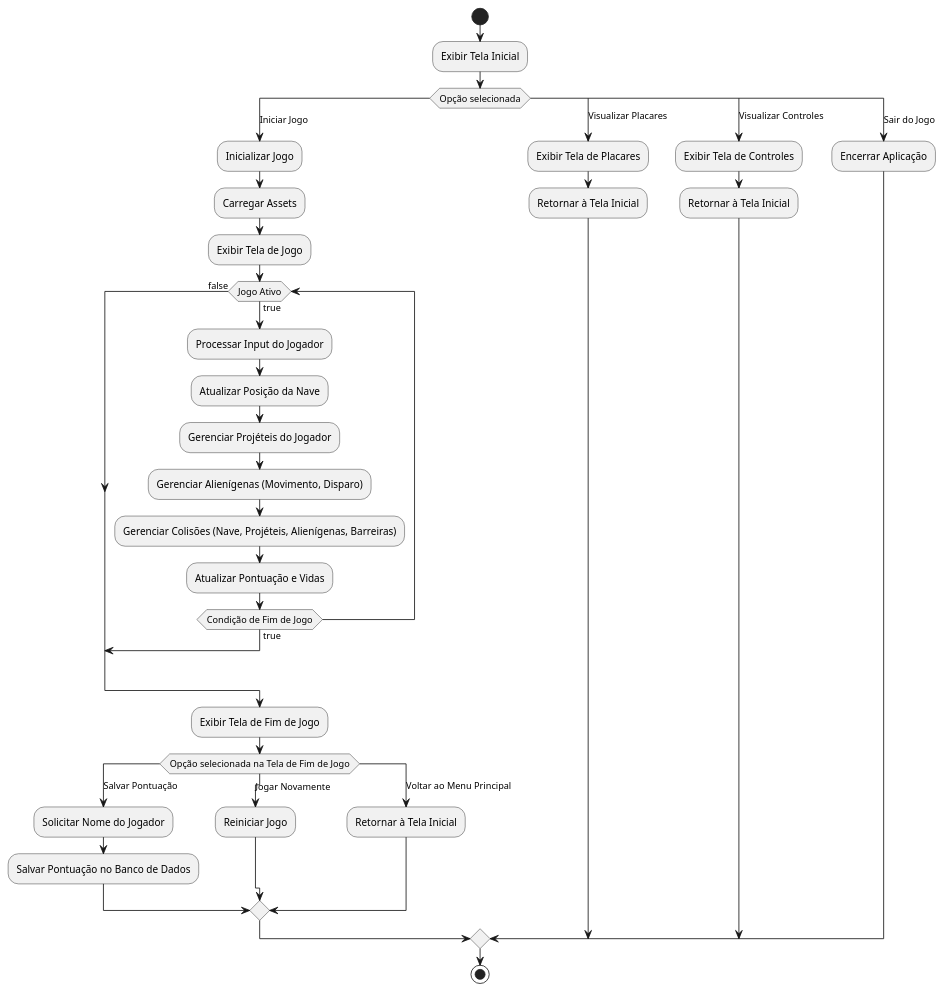
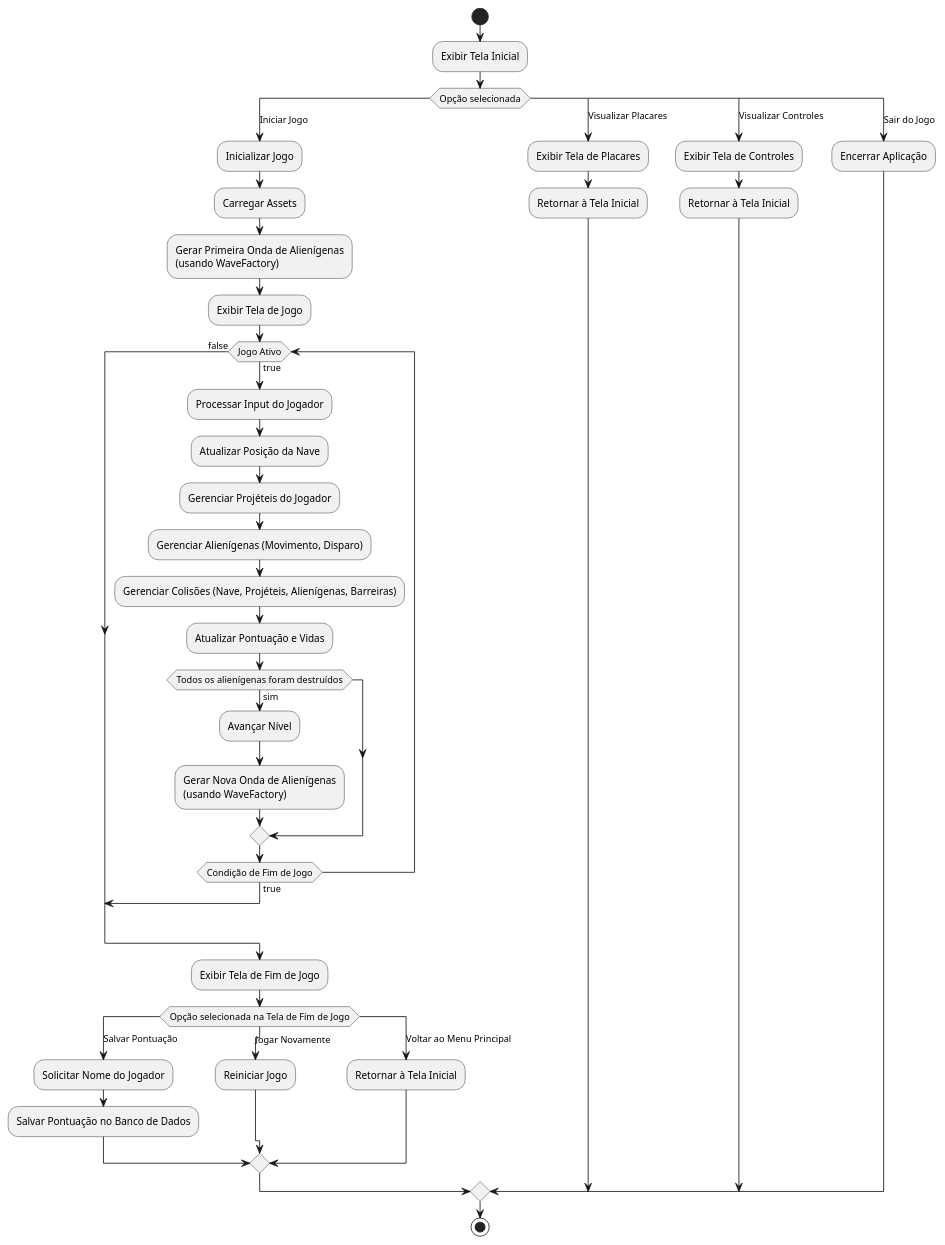
One commit to Opaleiros-Foundation/space-invaders-punk changed the ninth of 9 diagrams in Writerside/topics/UML.md. Above: the diagram before and after it, drawn with PlantUML. The commit also changed other lines of this file and 2 other files, not shown here.

First line of the commit message:
docs: Update documentation for patterns, UML, and data model

````diff
--- a/Writerside/topics/UML.md
+++ b/Writerside/topics/UML.md
@@ -395,48 +414,56 @@
 ```plantuml
 @startuml
 start
 
 :Exibir Tela Inicial;
 
 switch (Opção selecionada)
 case (Iniciar Jogo)
   :Inicializar Jogo;
   :Carregar Assets;
+  :Gerar Primeira Onda de Alienígenas
+(usando WaveFactory);
   :Exibir Tela de Jogo;
 
   while (Jogo Ativo) is (true)
     :Processar Input do Jogador;
     :Atualizar Posição da Nave;
     :Gerenciar Projéteis do Jogador;
     :Gerenciar Alienígenas (Movimento, Disparo);
     :Gerenciar Colisões (Nave, Projéteis, Alienígenas, Barreiras);
     :Atualizar Pontuação e Vidas;
+
+    if (Todos os alienígenas foram destruídos) then (sim)
+        :Avançar Nível;
+        :Gerar Nova Onda de Alienígenas
+(usando WaveFactory);
+    endif
 
     if (Condição de Fim de Jogo) then (true)
       break
     endif
   end while (false)
 
   :Exibir Tela de Fim de Jogo;
   switch (Opção selecionada na Tela de Fim de Jogo)
   case (Salvar Pontuação)
     :Solicitar Nome do Jogador;
     :Salvar Pontuação no Banco de Dados;
   case (Jogar Novamente)
     :Reiniciar Jogo;
   case (Voltar ao Menu Principal)
     :Retornar à Tela Inicial;
   endswitch
 case (Visualizar Placares)
   :Exibir Tela de Placares;
   :Retornar à Tela Inicial;
 case (Visualizar Controles)
   :Exibir Tela de Controles;
   :Retornar à Tela Inicial;
 case (Sair do Jogo)
   :Encerrar Aplicação;
 endswitch
 
 stop
 @enduml
 ```
````
